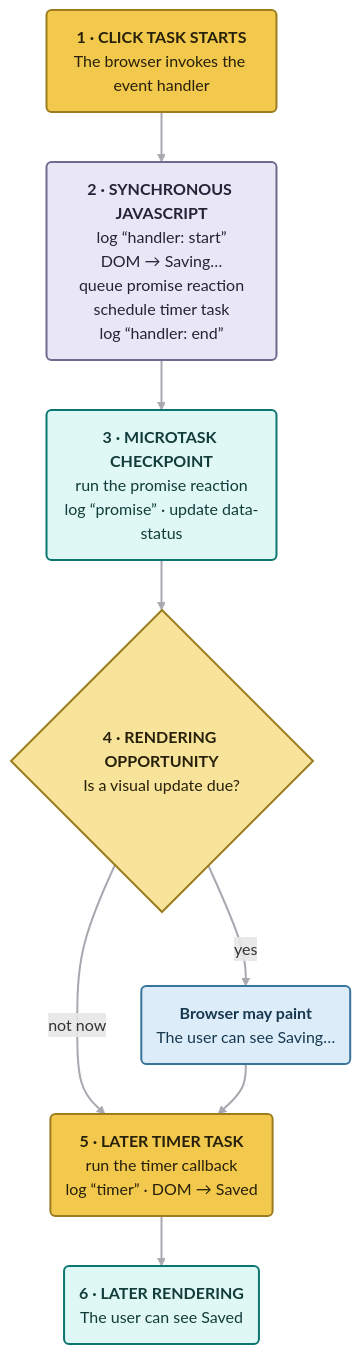
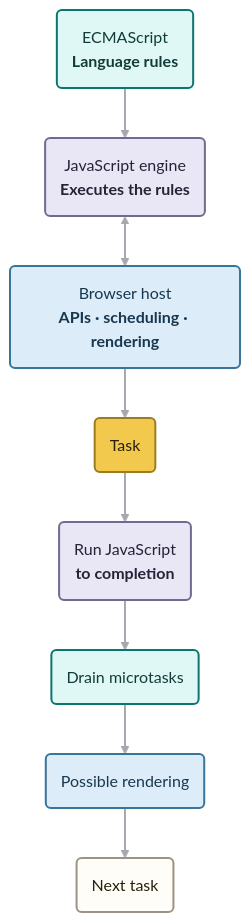
Before and after one commit to Dmitrii-Lobanov/javascript-handbook: the diagram in book/part-01-runtime-foundations/01-javascript-runtime-model.md, drawn with Mermaid. The commit also changed other lines of this file and 4 other files, not shown here.

Commit message:
01_01-03: fix diagrams

````diff
--- a/book/part-01-runtime-foundations/01-javascript-runtime-model.md
+++ b/book/part-01-runtime-foundations/01-javascript-runtime-model.md
@@ -92,40 +92,40 @@
 ```mermaid
 flowchart TB
-    CLICK("<b>1 · CLICK TASK STARTS</b><br/>The browser invokes the event handler")
+    LANGUAGE("ECMAScript<br/><b>Language rules</b>")
+    ENGINE("JavaScript engine<br/><b>Executes the rules</b>")
+    HOST("Browser host<br/><b>APIs · scheduling · rendering</b>")
 
-    SYNC("<b>2 · SYNCHRONOUS JAVASCRIPT</b><br/>log “handler: start”<br/>DOM → Saving…<br/>queue promise reaction<br/>schedule timer task<br/>log “handler: end”")
+    TASK("Task")
+    RUN("Run JavaScript<br/><b>to completion</b>")
+    MICRO("Drain microtasks")
+    RENDER("Possible rendering")
+    NEXT("Next task")
 
-    MICRO("<b>3 · MICROTASK CHECKPOINT</b><br/>run the promise reaction<br/>log “promise” · update data-status")
+    LANGUAGE --> ENGINE
+    ENGINE <--> HOST
+    HOST --> TASK
+    TASK --> RUN
+    RUN --> MICRO
+    MICRO --> RENDER
+    RENDER --> NEXT
 
-    RENDER{"<b>4 · RENDERING OPPORTUNITY</b><br/>Is a visual update due?"}
-
-    PAINT("<b>Browser may paint</b><br/>The user can see Saving…")
-
-    TIMER("<b>5 · LATER TIMER TASK</b><br/>run the timer callback<br/>log “timer” · DOM → Saved")
-
-    FINAL("<b>6 · LATER RENDERING</b><br/>The user can see Saved")
-
-    CLICK --> SYNC
-    SYNC --> MICRO
-    MICRO --> RENDER
-    RENDER -->|"yes"| PAINT
-    RENDER -->|"not now"| TIMER
-    PAINT --> TIMER
-    TIMER --> FINAL
-
+    classDef language fill:#dff8f5,color:#123c39,stroke:#0b756f,stroke-width:2px
+    classDef engine fill:#e9e7f5,color:#262238,stroke:#706a91,stroke-width:2px
+    classDef host fill:#dcecf9,color:#17384f,stroke:#39749b,stroke-width:2px
     classDef task fill:#f2c94c,color:#27200a,stroke:#9b7d1f,stroke-width:2px
     classDef execution fill:#e9e7f5,color:#262238,stroke:#706a91,stroke-width:2px
     classDef microtask fill:#dff8f5,color:#123c39,stroke:#0b756f,stroke-width:2px
-    classDef decision fill:#f7e39a,color:#27200a,stroke:#9b7d1f,stroke-width:2px
     classDef rendering fill:#dcecf9,color:#17384f,stroke:#39749b,stroke-width:2px
-    classDef complete fill:#dff8f5,color:#123c39,stroke:#0b756f,stroke-width:2px
+    classDef next fill:#fffdf8,color:#27200a,stroke:#9b9385,stroke-width:2px
 
     linkStyle default stroke:#a9a8b0,stroke-width:2px
 
-    class CLICK,TIMER task
-    class SYNC execution
+    class LANGUAGE language
+    class ENGINE engine
+    class HOST host
+    class TASK task
+    class RUN execution
     class MICRO microtask
-    class RENDER decision
-    class PAINT rendering
-    class FINAL complete
+    class RENDER rendering
+    class NEXT next
 ```
````
